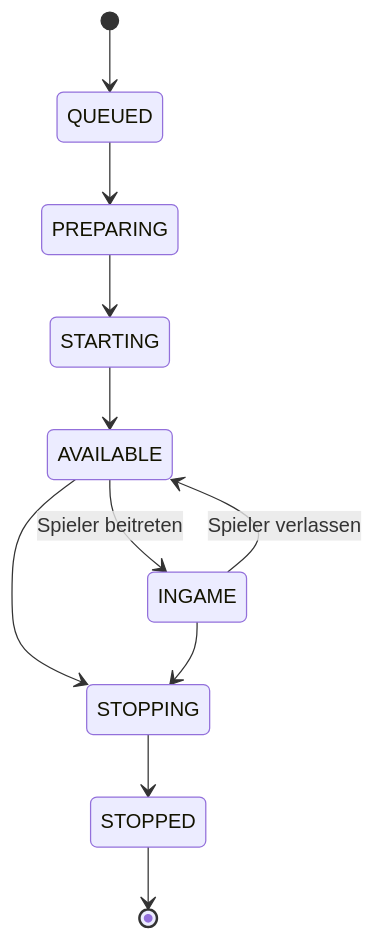
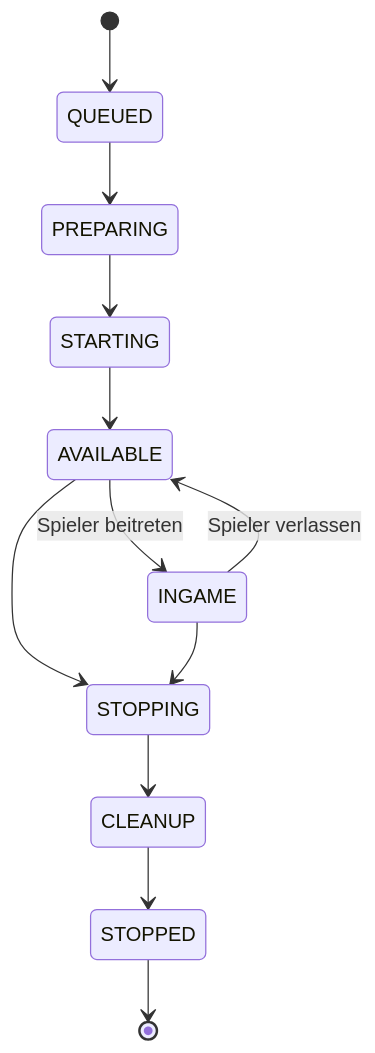
The diagram in de/manual/setup/servers.mdx (simplecloudapp/docs), drawn with Mermaid before and after one commit. The commit also changed other lines of this file and 46 other files, not shown here.

````diff
--- a/de/manual/setup/servers.mdx
+++ b/de/manual/setup/servers.mdx
@@ -33,13 +31,14 @@
 ```mermaid
 stateDiagram-v2
     [*] --> QUEUED
     QUEUED --> PREPARING
     PREPARING --> STARTING
     STARTING --> AVAILABLE
     AVAILABLE --> INGAME : Spieler beitreten
     INGAME --> AVAILABLE : Spieler verlassen
     AVAILABLE --> STOPPING
     INGAME --> STOPPING
-    STOPPING --> STOPPED
+    STOPPING --> CLEANUP
+    CLEANUP --> STOPPED
     STOPPED --> [*]
 ```
````
